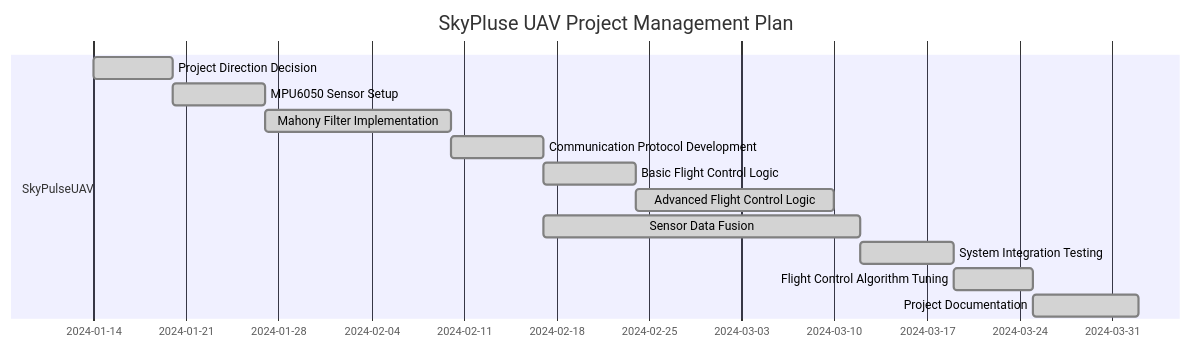
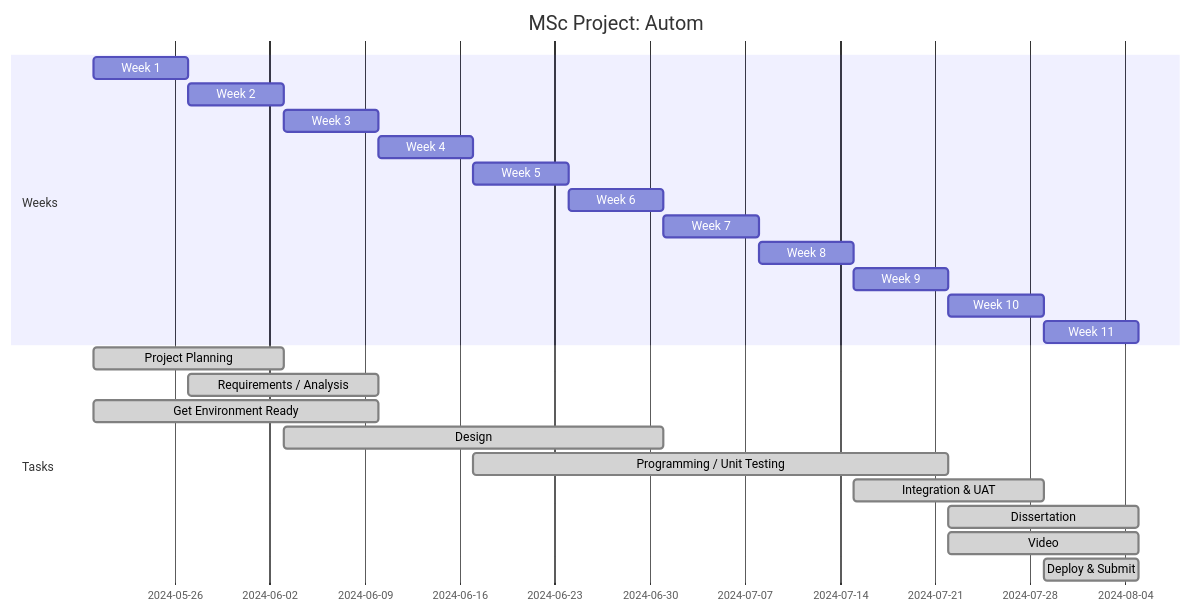
The diagram in Meeting Minutes/README.md (Tony-Btian/Nano_Drone_Project), drawn with Mermaid before and after one commit. The commit also changed other lines of this file, not shown here.

````diff
--- a/Meeting Minutes/README.md
+++ b/Meeting Minutes/README.md
@@ -5,18 +5,30 @@
 ```mermaid
 gantt
-    title SkyPluse UAV Project Management Plan
+    title MSc Project: Autom
     dateFormat  YYYY-MM-DD
-    section SkyPulseUAV
-	todayMarker off
-	
-    Project Direction Decision     :done,   des1, 2024-01-14,2024-01-20
-    MPU6050 Sensor Setup     :done,    des2, 2024-01-20, 2024-01-27
-    Mahony Filter Implementation    :done,    des3, after des2, 2024-02-10
-    Communication Protocol Development  :done, des4, after des3, 2024-02-17
-    Basic Flight Control Logic  :done, des5, after des4, 2024-02-24
-    Advanced Flight Control Logic  :done, des6, after des5, 2024-03-10
-    Sensor Data Fusion  :done, des6, after des4, 2024-03-12
-    System Integration Testing  :done, des7, after des6, 2024-03-19
-    Flight Control Algorithm Tuning  :done, des8, after des7, 2024-03-25
-    Project Documentation  :done, des9, after des8, 2024-04-02
+    todayMarker on
+
+    section Weeks
+    Week 1  :a1, 2024-05-20, 7d
+    Week 2  :a2, 2024-05-27, 7d
+    Week 3  :a3, 2024-06-03, 7d
+    Week 4  :a4, 2024-06-10, 7d
+    Week 5  :a5, 2024-06-17, 7d
+    Week 6  :a6, 2024-06-24, 7d
+    Week 7  :a7, 2024-07-01, 7d
+    Week 8  :a8, 2024-07-08, 7d
+    Week 9  :a9, 2024-07-15, 7d
+    Week 10 :a10, 2024-07-22, 7d
+    Week 11 :a11, 2024-07-29, 7d
+
+    section Tasks
+    Project Planning 			:done, des1, 2024-05-20, 2024-06-03
+    Requirements / Analysis 		:done, des2, 2024-05-27, 2024-06-10
+    Get Environment Ready 		:done, des3, 2024-05-20, 2024-06-10
+    Design			        :done, des4, 2024-06-03, 2024-07-01
+    Programming / Unit Testing	        :done, des5, 2024-06-17, 2024-07-22
+    Integration & UAT		 	:done, des6, 2024-07-15, 2024-07-29
+    Dissertation 			:done, des6, 2024-07-22, 2024-08-05
+    Video		 		:done, des7, 2024-07-22, 2024-08-05
+    Deploy & Submit		 	:done, des8, 2024-07-29, 2024-08-05
 ```
````
